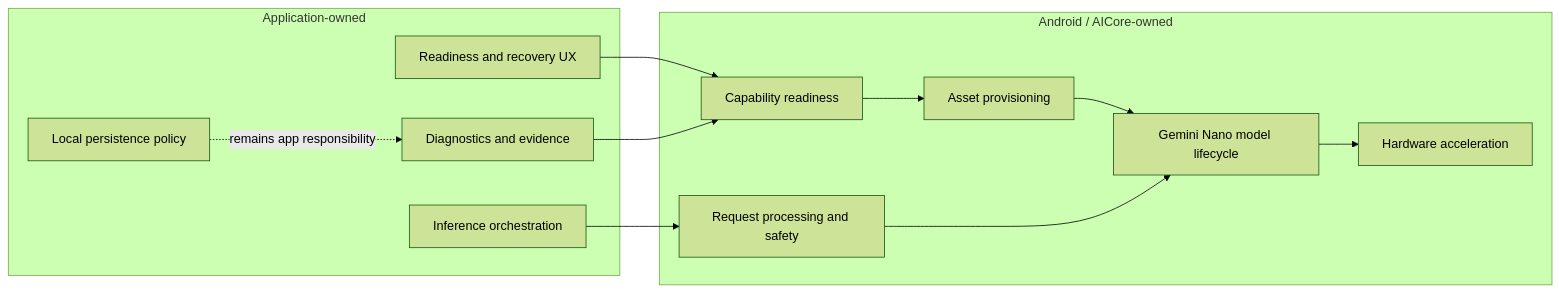
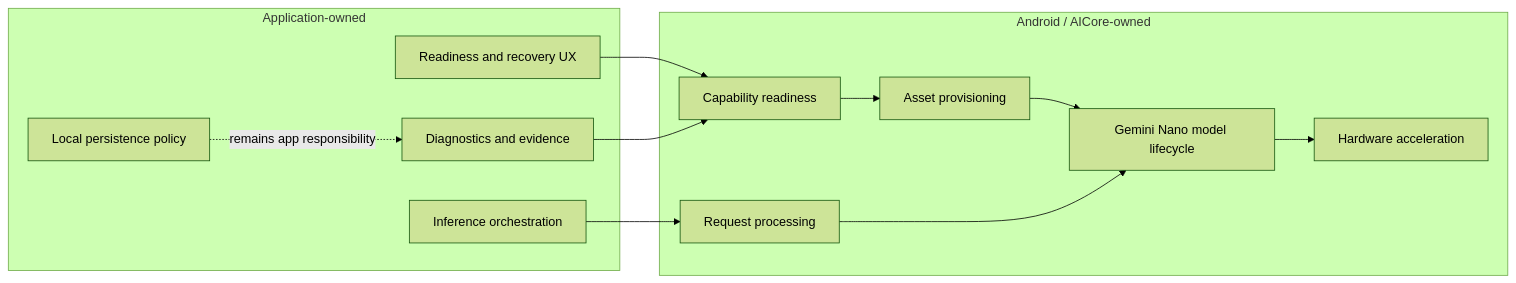
Before and after one commit to DevPicon/miyabi-nano: the first of 4 diagrams in docs/architecture/system-flow-diagrams.md, drawn with Mermaid (forest theme). The commit also changed 2 other files, not shown here.

Commit message:
TASK-57 tighten newcomer guide claims

````diff
--- a/docs/architecture/system-flow-diagrams.md
+++ b/docs/architecture/system-flow-diagrams.md
@@ -5,26 +5,26 @@
 ```mermaid
 flowchart LR
     subgraph APP["Application-owned"]
         UX["Readiness and recovery UX"]
         ORCH["Inference orchestration"]
         DIAG["Diagnostics and evidence"]
         PRIV["Local persistence policy"]
     end
 
     subgraph OS["Android / AICore-owned"]
         READY["Capability readiness"]
         PROVISION["Asset provisioning"]
-        SAFETY["Request processing and safety"]
+        PROCESSING["Request processing"]
         MODEL["Gemini Nano model lifecycle"]
         ACCEL["Hardware acceleration"]
     end
 
     UX --> READY
-    ORCH --> SAFETY
+    ORCH --> PROCESSING
     DIAG --> READY
     READY --> PROVISION
     PROVISION --> MODEL
-    SAFETY --> MODEL
+    PROCESSING --> MODEL
     MODEL --> ACCEL
     PRIV -. "remains app responsibility" .-> DIAG
 ```
````
